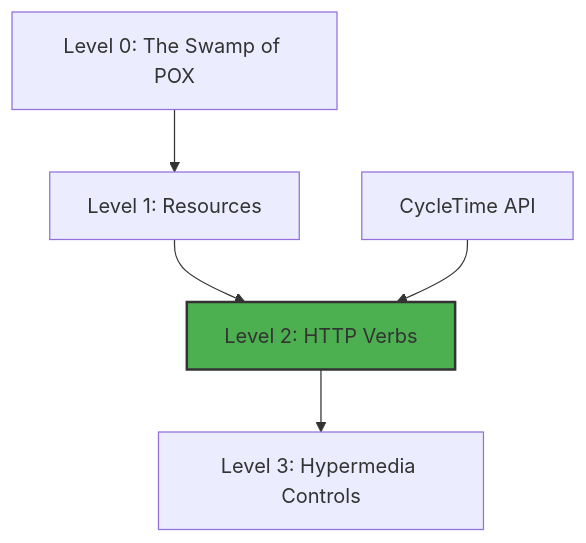
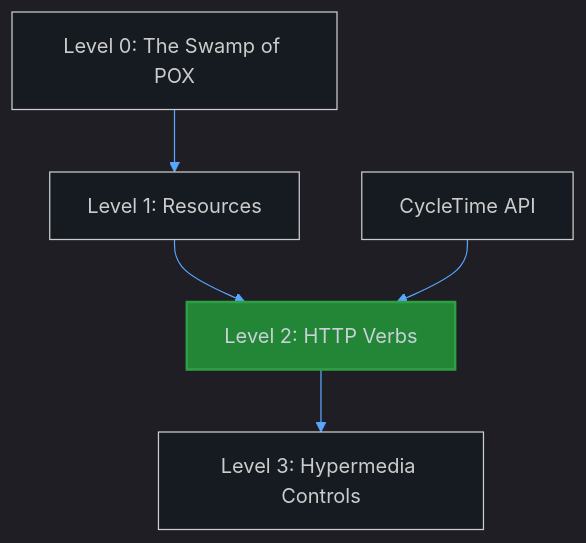
Before and after one commit to spiralhouse/cycletime: the first of 8 diagrams in docs/api/best-practices.md, drawn with Mermaid. The commit also changed other lines of this file and 2 other files, not shown here.

First line of the commit message:
refactor(docs): optimize all Mermaid diagrams for dark mode (SPI-649)

````diff
--- a/docs/api/best-practices.md
+++ b/docs/api/best-practices.md
@@ -11,10 +11,11 @@
 ```mermaid
+%%{init: {'theme':'dark', 'themeVariables': {'darkMode':true, 'background':'#0d1117', 'mainBkg':'#161b22', 'secondBkg':'#21262d', 'lineColor':'#58a6ff', 'primaryColor':'#58a6ff', 'primaryTextColor':'#c9d1d9', 'primaryBorderColor':'#30363d'}}}%%
 graph TD
     A[Level 0: The Swamp of POX] --> B[Level 1: Resources]
     B --> C[Level 2: HTTP Verbs]
     C --> D[Level 3: Hypermedia Controls]
 
-    style C fill:#4CAF50,stroke:#333,stroke-width:2px
+    style C fill:#238636,stroke:#2ea043,stroke-width:2px,color:#c9d1d9
 
     E[CycleTime API] --> C
 ```
````
